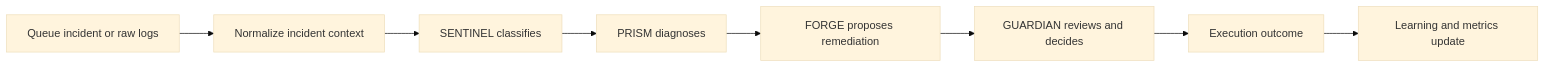
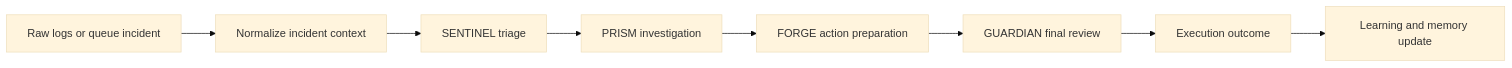
The first of 4 diagrams in docs/VISUAL_ARCHITECTURE_AND_FLOWS.md (kunalkachru/nexus-v2), drawn with Mermaid (base theme) before and after one commit. The commit also changed other lines of this file and 10 other files, not shown here.

````diff
--- a/docs/VISUAL_ARCHITECTURE_AND_FLOWS.md
+++ b/docs/VISUAL_ARCHITECTURE_AND_FLOWS.md
@@ -44,10 +41,10 @@
 ```mermaid
 flowchart LR
-    A["Queue incident or raw logs"] --> B["Normalize incident context"]
-    B --> C["SENTINEL classifies"]
-    C --> D["PRISM diagnoses"]
-    D --> E["FORGE proposes remediation"]
-    E --> F["GUARDIAN reviews and decides"]
+    A["Raw logs or queue incident"] --> B["Normalize incident context"]
+    B --> C["SENTINEL triage"]
+    C --> D["PRISM investigation"]
+    D --> E["FORGE action preparation"]
+    E --> F["GUARDIAN final review"]
     F --> G["Execution outcome"]
-    G --> H["Learning and metrics update"]
+    G --> H["Learning and memory update"]
 ```
````
